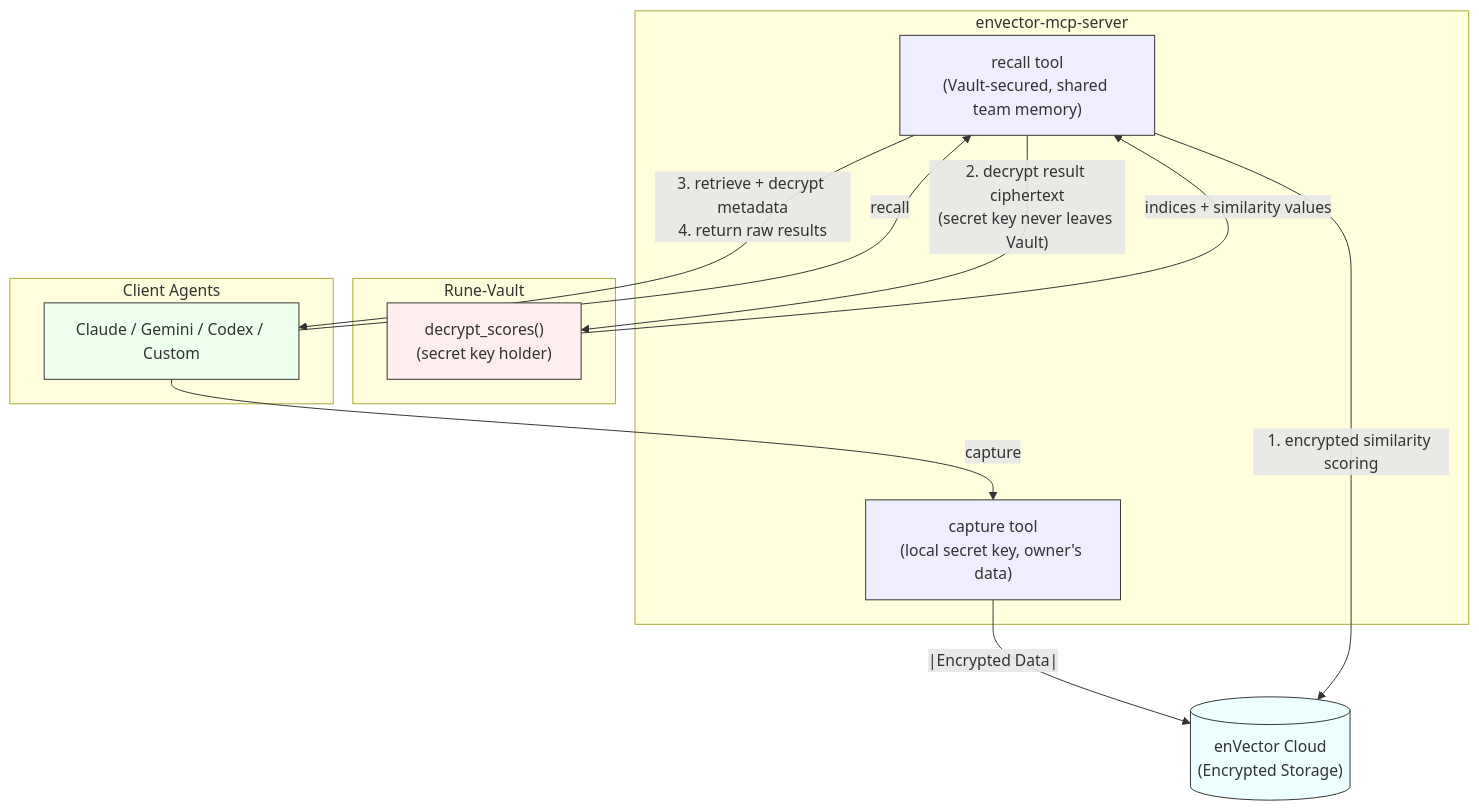
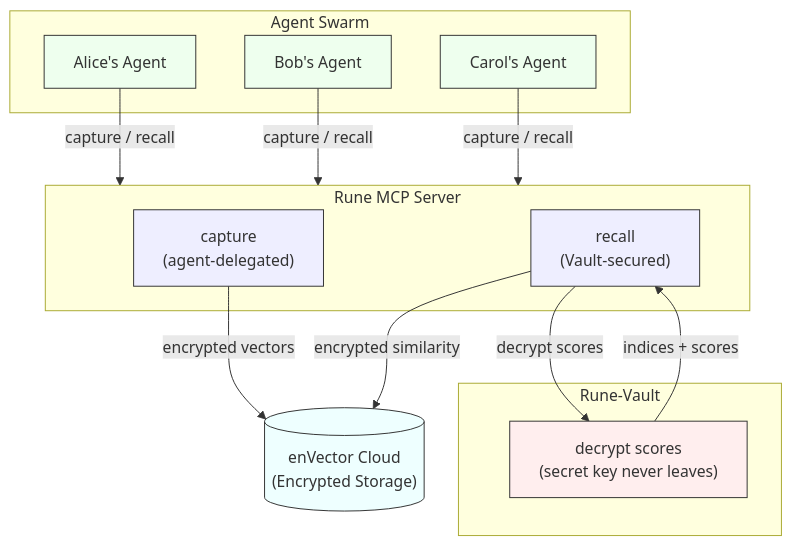
Before and after one commit to CryptoLabInc/rune: the diagram in README.md, drawn with Mermaid. The commit also changed other lines of this file, not shown here.

First line of the commit message:
docs: rewrite README — lead with agent behavior, not infrastructure

````diff
--- a/README.md
+++ b/README.md
@@ -114,35 +269,33 @@
 ```mermaid
 flowchart TD
     Cloud[("enVector Cloud<br>(Encrypted Storage)")]
 
-    subgraph MCP [envector-mcp-server]
-        Capture["capture tool<br>(local secret key, owner's data)"]
-        Recall["recall tool<br>(Vault-secured, shared team memory)"]
+    subgraph MCP [Rune MCP Server]
+        Capture["capture<br>(agent-delegated)"]
+        Recall["recall<br>(Vault-secured)"]
     end
 
     subgraph Vault [Rune-Vault]
-        Decrypt["decrypt_scores()<br>(secret key holder)"]
+        Decrypt["decrypt scores<br>(secret key never leaves)"]
     end
 
-    subgraph Client [Client Agents]
-        Agent["Claude / Gemini / Codex / Custom"]
+    subgraph Agents [Agent Swarm]
+        A1["Alice's Agent"]
+        A2["Bob's Agent"]
+        A3["Carol's Agent"]
     end
 
-    %% Capture flow
-    Agent -- "capture" --> Capture
-    Capture -- "|Encrypted Data|" --> Cloud
+    A1 & A2 & A3 -- "capture / recall" --> MCP
+    Capture -- "encrypted vectors" --> Cloud
+    Recall -- "encrypted similarity" --> Cloud
+    Recall -- "decrypt scores" --> Decrypt
+    Decrypt -- "indices + scores" --> Recall
 
-    %% Recall flow (4-step pipeline)
-    Agent -- "recall" --> Recall
-    Recall -- "1. encrypted similarity scoring" --> Cloud
-    Recall -- "2. decrypt result ciphertext<br>(secret key never leaves Vault)" --> Decrypt
-    Decrypt -- "indices + similarity values" --> Recall
-    Recall -- "3. retrieve + decrypt metadata<br>4. return raw results" --> Agent
-
-    %% Styles
     style Cloud fill:#eff,stroke:#333
     style Capture fill:#eef,stroke:#333
     style Recall fill:#eef,stroke:#333
     style Decrypt fill:#fee,stroke:#333
-    style Agent fill:#efe,stroke:#333
+    style A1 fill:#efe,stroke:#333
+    style A2 fill:#efe,stroke:#333
+    style A3 fill:#efe,stroke:#333
 ```
````
